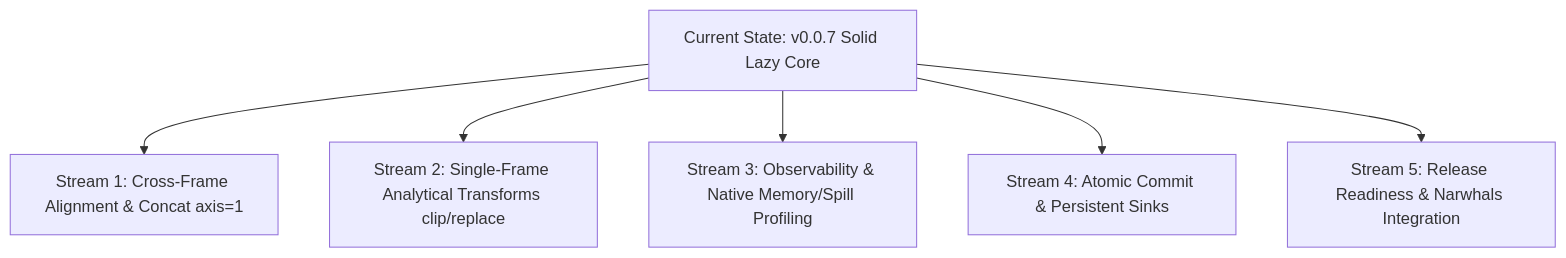
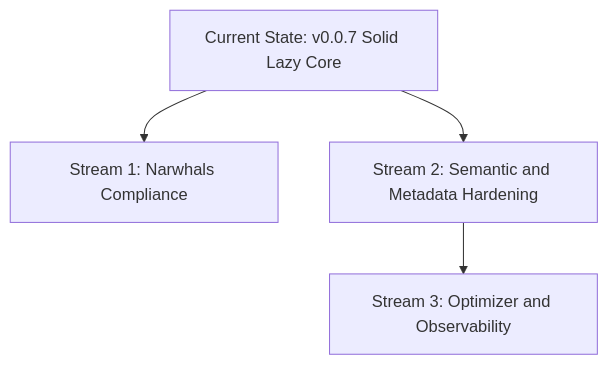
Before and after one commit to quantbert/duckpd: the diagram in docs/roadmap.md, drawn with Mermaid. The commit also changed other lines of this file and 25 other files, not shown here.

Commit message:
Add logical optimizer and expand Narwhals compatibility

````diff
--- a/docs/roadmap.md
+++ b/docs/roadmap.md
@@ -756,8 +772,6 @@
 ```mermaid
 graph TD
-    A[Current State: v0.0.7 Solid Lazy Core] --> B[Stream 1: Cross-Frame Alignment & Concat axis=1]
-    A --> C[Stream 2: Single-Frame Analytical Transforms clip/replace]
-    A --> D[Stream 3: Observability & Native Memory/Spill Profiling]
-    A --> E[Stream 4: Atomic Commit & Persistent Sinks]
-    A --> F[Stream 5: Release Readiness & Narwhals Integration]
+    A[Current State: v0.0.7 Solid Lazy Core] --> N[Stream 1: Narwhals Compliance]
+    A --> M[Stream 2: Semantic and Metadata Hardening]
+    M --> O[Stream 3: Optimizer and Observability]
 ```
````
